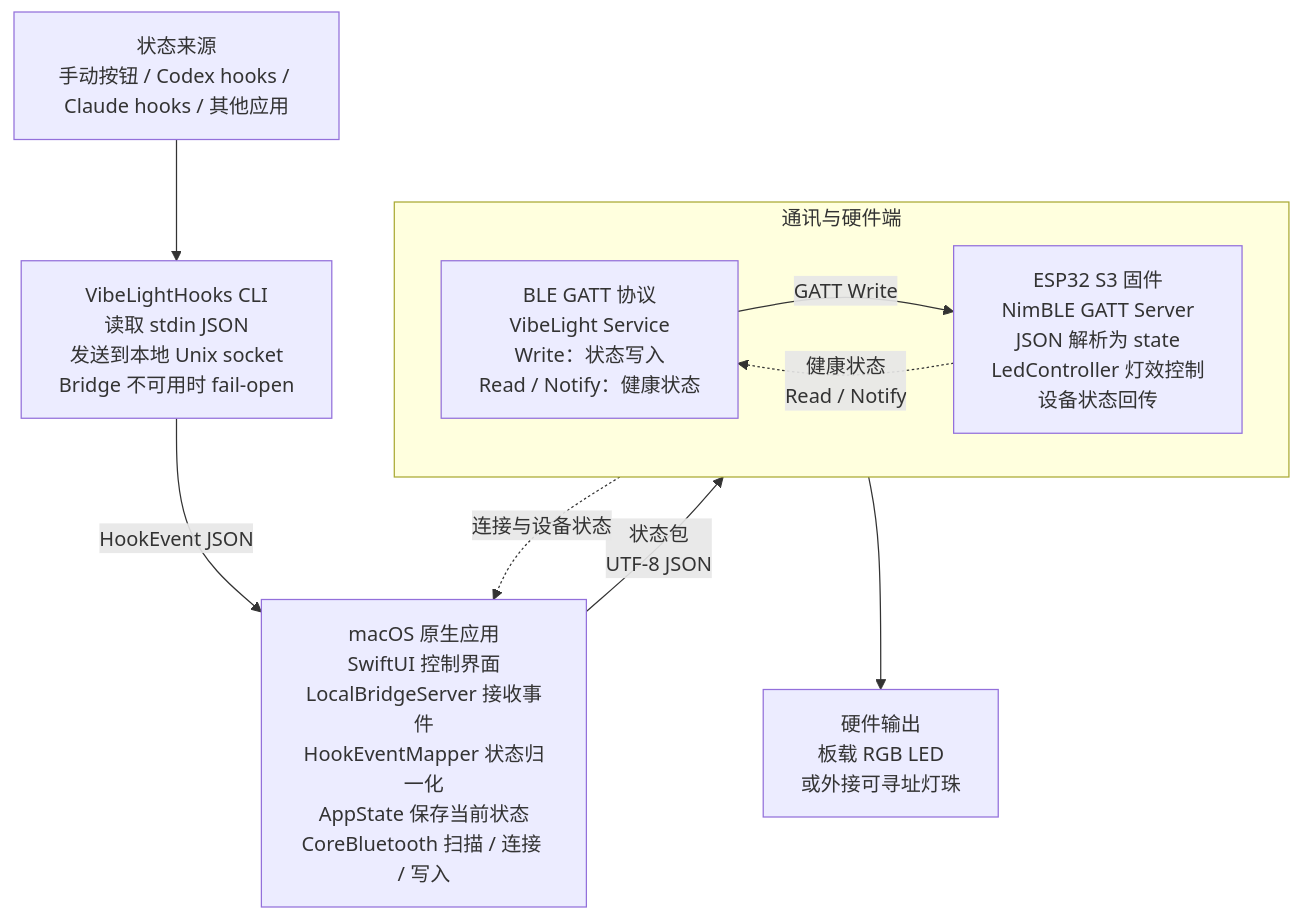
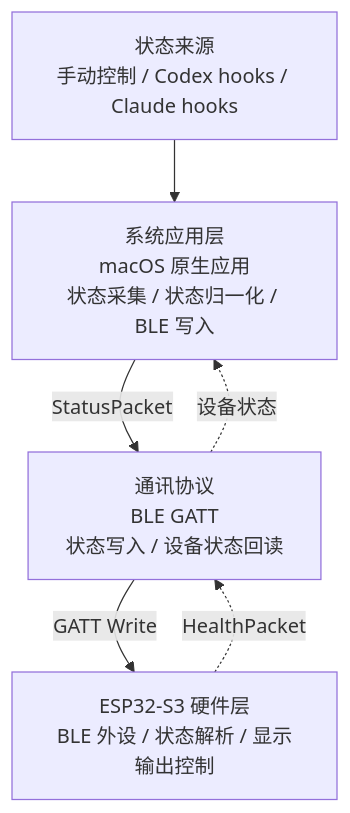
One commit to miclle/vibe-light changed the first of 2 diagrams in docs/architecture.md. Above: the diagram before and after it, drawn with Mermaid. The commit also changed other lines of this file, not shown here.

Commit message:
docs: refine architecture boundaries

````diff
--- a/docs/architecture.md
+++ b/docs/architecture.md
@@ -14,24 +21,16 @@
 ```mermaid
 flowchart TB
-    Input["状态来源<br/>手动按钮 / Codex hooks / Claude hooks / 其他应用"]
+    Source["状态来源<br/>手动控制 / Codex hooks / Claude hooks"]
 
-    Hooks["VibeLightHooks CLI<br/>读取 stdin JSON<br/>发送到本地 Unix socket<br/>Bridge 不可用时 fail-open"]
+    App["系统应用层<br/>macOS 原生应用<br/>状态采集 / 状态归一化 / BLE 写入"]
 
-    Mac["macOS 原生应用<br/>SwiftUI 控制界面<br/>LocalBridgeServer 接收事件<br/>HookEventMapper 状态归一化<br/>AppState 保存当前状态<br/>CoreBluetooth 扫描 / 连接 / 写入"]
+    Protocol["通讯协议<br/>BLE GATT<br/>状态写入 / 设备状态回读"]
 
-    subgraph LinkAndDevice["通讯与硬件端"]
-        direction LR
-        BLE["BLE GATT 协议<br/>VibeLight Service<br/>Write：状态写入<br/>Read / Notify：健康状态"]
-        ESP["ESP32 S3 固件<br/>NimBLE GATT Server<br/>JSON 解析为 state<br/>LedController 灯效控制<br/>设备状态回传"]
-    end
+    Hardware["ESP32-S3 硬件层<br/>BLE 外设 / 状态解析 / 显示输出控制"]
 
-    Output["硬件输出<br/>板载 RGB LED<br/>或外接可寻址灯珠"]
-
-    Input --> Hooks
-    Hooks -->|"HookEvent JSON"| Mac
-    Mac -->|"状态包<br/>UTF-8 JSON"| BLE
-    BLE -->|"GATT Write"| ESP
-    ESP --> Output
-    ESP -.->|"健康状态<br/>Read / Notify"| BLE
-    BLE -.->|"连接与设备状态"| Mac
+    Source --> App
+    App -->|"StatusPacket"| Protocol
+    Protocol -->|"GATT Write"| Hardware
+    Hardware -.->|"HealthPacket"| Protocol
+    Protocol -.->|"设备状态"| App
 ```
````
